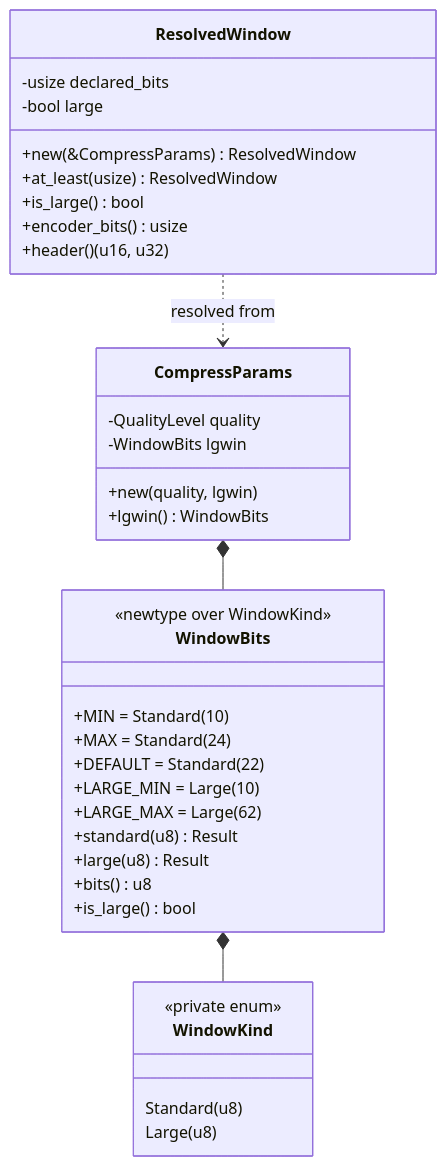
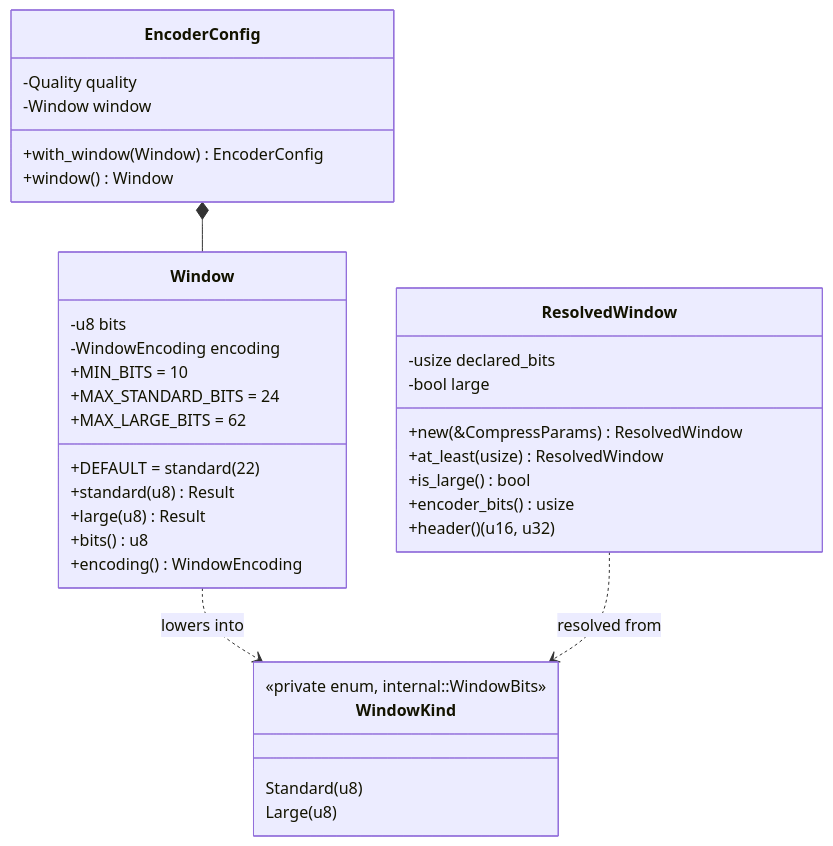
Before and after one commit to Mnwa/mbrotli: the second of 13 diagrams in architecture/shared-brotli.md, drawn with Mermaid. The commit also changed other lines of this file and 104 other files, not shown here.

````diff
--- a/architecture/shared-brotli.md
+++ b/architecture/shared-brotli.md
@@ -128,38 +136,38 @@
 ```mermaid
 classDiagram
-    class CompressParams {
-        -QualityLevel quality
-        -WindowBits lgwin
-        +new(quality, lgwin)
-        +lgwin() WindowBits
+    class EncoderConfig {
+        -Quality quality
+        -Window window
+        +with_window(Window) EncoderConfig
+        +window() Window
     }
-    class WindowBits {
-        <<newtype over WindowKind>>
-        +MIN = Standard(10)
-        +MAX = Standard(24)
-        +DEFAULT = Standard(22)
-        +LARGE_MIN = Large(10)
-        +LARGE_MAX = Large(62)
+    class Window {
+        -u8 bits
+        -WindowEncoding encoding
+        +MIN_BITS = 10
+        +MAX_STANDARD_BITS = 24
+        +MAX_LARGE_BITS = 62
+        +DEFAULT = standard(22)
         +standard(u8) Result
         +large(u8) Result
         +bits() u8
-        +is_large() bool
+        +encoding() WindowEncoding
     }
     class WindowKind {
-        <<private enum>>
+        <<private enum, internal::WindowBits>>
         Standard(u8)
         Large(u8)
     }
     class ResolvedWindow {
         -usize declared_bits
         -bool large
         +new(&CompressParams) ResolvedWindow
         +at_least(usize) ResolvedWindow
         +is_large() bool
         +encoder_bits() usize
         +header() (u16, u32)
     }
-    CompressParams *-- WindowBits
-    WindowBits *-- WindowKind
-    ResolvedWindow ..> CompressParams : resolved from
+    EncoderConfig *-- Window
+    Window ..> WindowKind : lowers into
+    ResolvedWindow ..> WindowKind : resolved from
 ```
````
